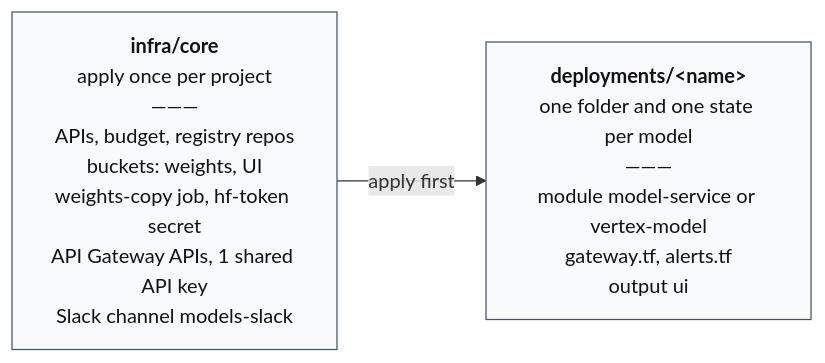
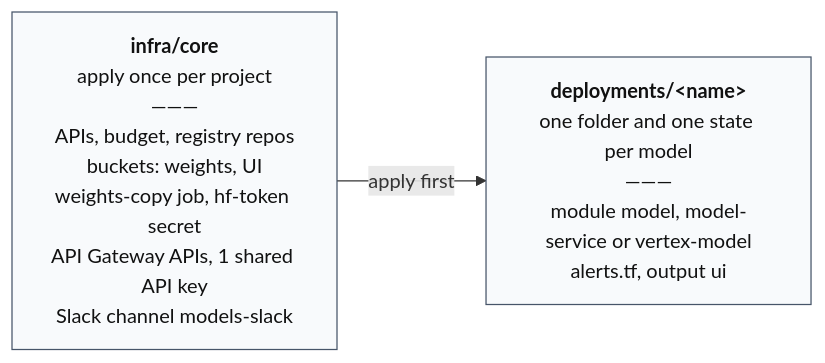
One commit to koval-yurko/custom-models-inference changed the first of 2 diagrams in docs/README.md. Above: the diagram before and after it, drawn with Mermaid. The commit also changed other lines of this file and 62 other files, not shown here.

First line of the commit message:
refactor(infra): platform-neutral model facade, Vertex AI only

````diff
--- a/docs/README.md
+++ b/docs/README.md
@@ -25,9 +25,9 @@
 ```mermaid
 flowchart LR
     core["<b>infra/core</b><br/>apply once per project<br/>―――<br/>APIs, budget, registry repos<br/>buckets: weights, UI<br/>weights-copy job, hf-token secret<br/>API Gateway APIs, 1 shared API key<br/>Slack channel models-slack"]
-    dep["<b>deployments/#lt;name#gt;</b><br/>one folder and one state per model<br/>―――<br/>module model-service or vertex-model<br/>gateway.tf, alerts.tf<br/>output ui"]
+    dep["<b>deployments/#lt;name#gt;</b><br/>one folder and one state per model<br/>―――<br/>module model, model-service or vertex-model<br/>alerts.tf, output ui"]
     core -->|"apply first"| dep
 
     classDef layer fill:#f8fafc,stroke:#475569,color:#111
     class core,dep layer
 ```
````
